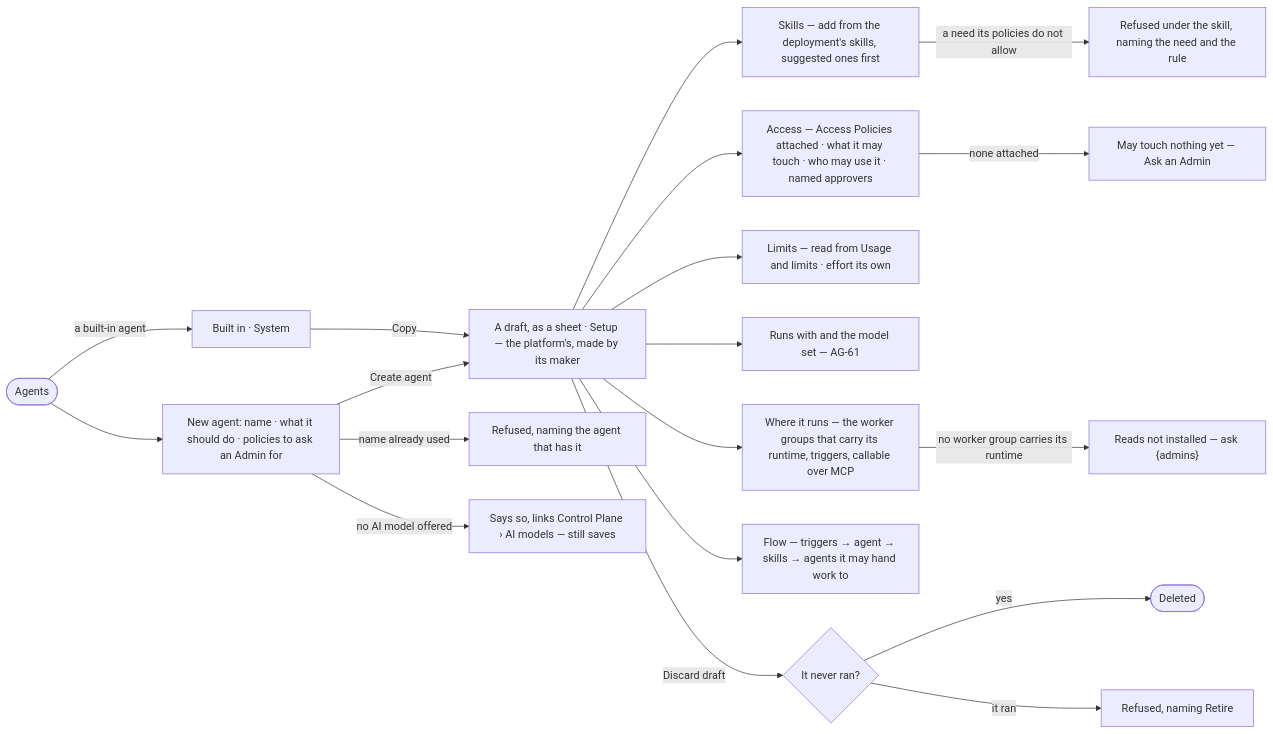
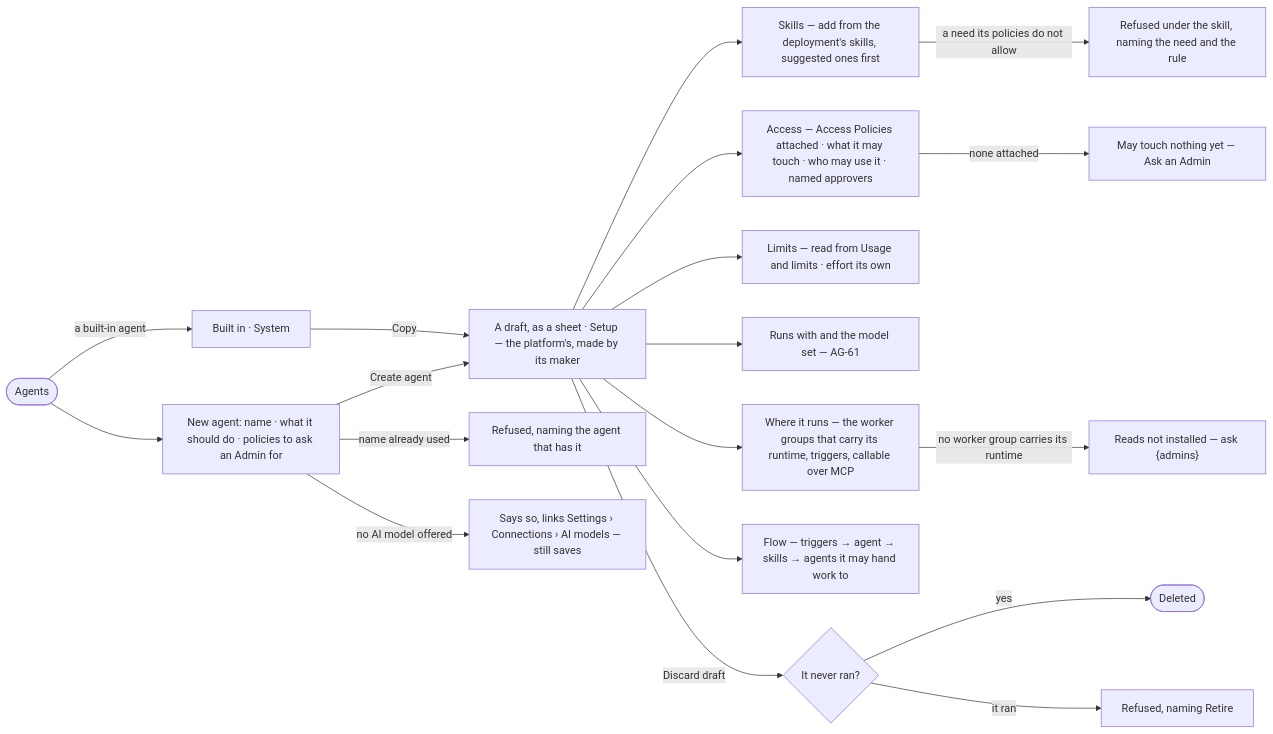
The diagram in specs/capabilities/agents/features/AG-F01-build-an-agent/stories/AG-21-draft-an-agent-and-see-what-it-will-do/story.md (invana/invana), drawn with Mermaid before and after one commit. The commit also changed other lines of this file and 106 other files, not shown here.

````diff
--- a/specs/capabilities/agents/features/AG-F01-build-an-agent/stories/AG-21-draft-an-agent-and-see-what-it-will-do/story.md
+++ b/specs/capabilities/agents/features/AG-F01-build-an-agent/stories/AG-21-draft-an-agent-and-see-what-it-will-do/story.md
@@ -30,20 +30,20 @@
 ```mermaid
 flowchart LR
   a([Agents]) --> n["New agent: name · what it should do · policies to ask an Admin for"]
   a -->|a built-in agent| bi["Built in · System"] -->|Copy| d
   n -->|name already used| x1["Refused, naming the agent that has it"]
-  n -->|no AI model offered| x3["Says so, links Control Plane › AI models — still saves"]
+  n -->|no AI model offered| x3["Says so, links Settings › Connections › AI models — still saves"]
   n -->|Create agent| d["A draft, as a sheet · Setup — the platform's, made by its maker"]
   d --> sk["Skills — add from the deployment's skills, suggested ones first"]
   sk -->|a need its policies do not allow| m["Refused under the skill, naming the need and the rule"]
   d --> acc["Access — Access Policies attached · what it may touch · who may use it · named approvers"]
   acc -->|none attached| na["May touch nothing yet — Ask an Admin"]
   d --> lim["Limits — read from Usage and limits · effort its own"]
   d --> rw["Runs with and the model set — AG-61"]
   d --> dep["Where it runs — the worker groups that carry its runtime, triggers, callable over MCP"]
   dep -->|no worker group carries its runtime| dx["Reads not installed — ask {admins}"]
   d --> fl["Flow — triggers → agent → skills → agents it may hand work to"]
   d -->|Discard draft| dd{It never ran?}
   dd -->|yes| gone([Deleted])
   dd -->|it ran| ddx["Refused, naming Retire"]
 ```
````
